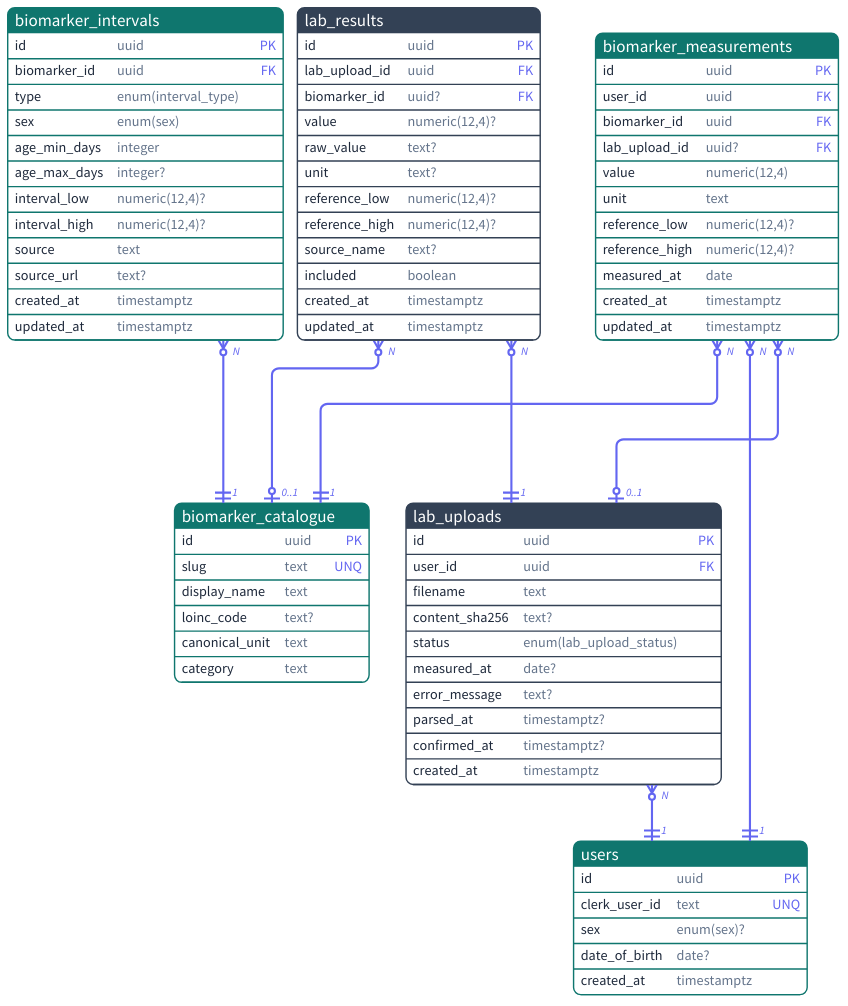
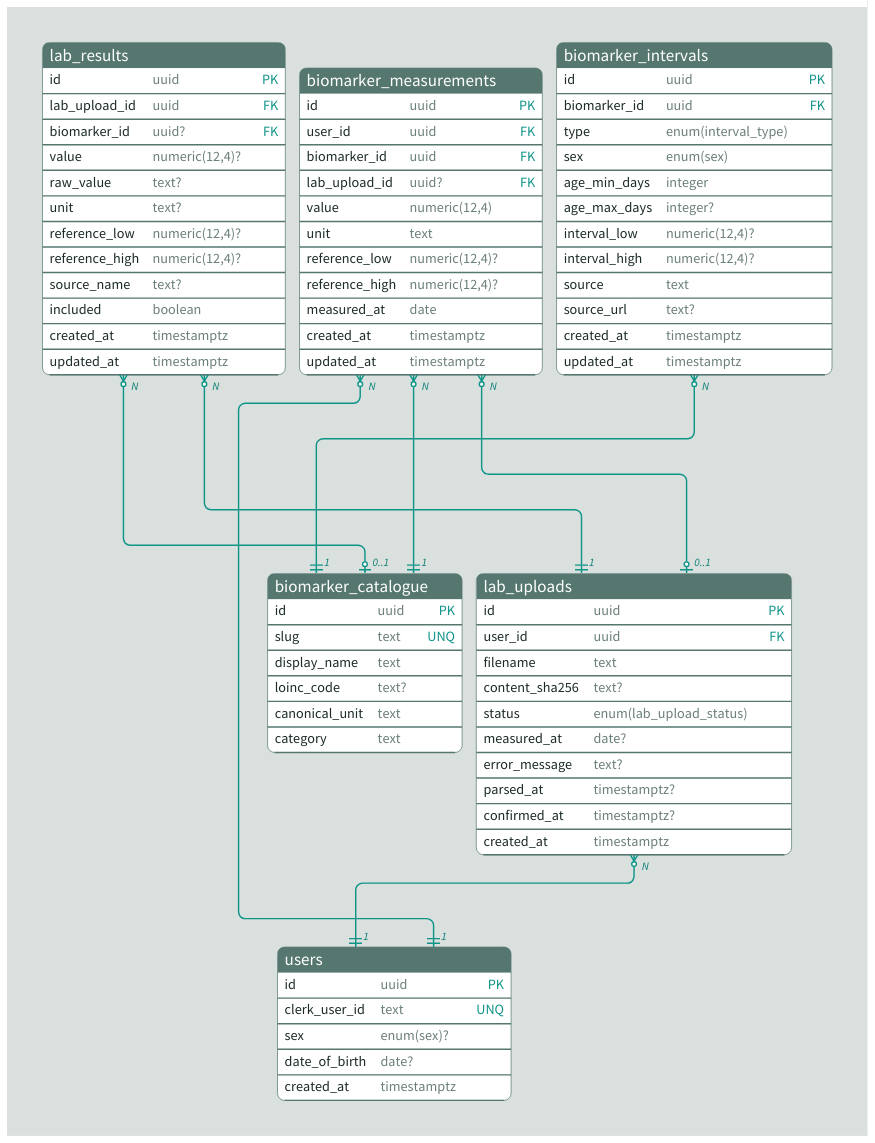
The diagram in docs/architecture/data_models/er_diagram.d2 (Skyvell/mirai), drawn with D2 before and after one commit. The commit also changed 1 other file, not shown here.

Commit message:
docs(er-diagram): restyle with a light sage palette

```diff
--- a/docs/architecture/data_models/er_diagram.d2
+++ b/docs/architecture/data_models/er_diagram.d2
@@ -1,165 +1,134 @@
 vars: {
   d2-config: {
     layout-engine: elk
     theme-id: 0
-    dark-theme-id: 200
-    pad: 48
+    pad: 0
     theme-overrides: {
-      N1: "#334155"
-      N2: "#64748b"
+      B4: "#d9e0de"
+      N1: "#557770"
+      N2: "#6b7f7b"
       N7: "#ffffff"
-      B1: "#6366f1"
-      B2: "#1e293b"
-      AA2: "#6366f1"
-    }
-    dark-theme-overrides: {
-      N1: "#334155"
-      N2: "#94a3b8"
-      N7: "#0b1120"
-      B1: "#818cf8"
-      B2: "#e2e8f0"
-      AA2: "#a5b4fc"
+      B1: "#0f9488"
+      B2: "#1c2b29"
+      AA2: "#0f9488"
     }
   }
 }
 
 direction: down
 
-vars: {
-  d2-legend: {
-    canonical: Canonical data model {
-      shape: rectangle
-      style: {
-        fill: "#0f766e"
-        font-color: "#ffffff"
-        border-radius: 6
-      }
-    }
-    ingestion: Ingestion {
-      shape: rectangle
-      style: {
-        fill: "#334155"
-        font-color: "#ffffff"
-        border-radius: 6
-      }
-    }
-  }
-}
-
 classes: {
-  ingestion: {
+  table: {
     shape: sql_table
     style: {
       border-radius: 10
       shadow: true
+      stroke-width: 1
       font-color: "#ffffff"
     }
   }
-  canonical: {
-    shape: sql_table
-    style: {
-      border-radius: 10
-      shadow: true
-      font-color: "#ffffff"
-      fill: "#0f766e"
-    }
-  }
   fk: {
-    source-arrowhead: N {shape: cf-many; style.font-color: "#6366f1"}
-    target-arrowhead: 1 {shape: cf-one-required; style.font-color: "#6366f1"}
-    style.stroke-width: 3
+    source-arrowhead: N {shape: cf-many; style.font-color: "#0b7f75"}
+    target-arrowhead: 1 {shape: cf-one-required; style.font-color: "#0b7f75"}
+    style.stroke-width: 2
   }
   fk-optional: {
-    source-arrowhead: N {shape: cf-many; style.font-color: "#6366f1"}
-    target-arrowhead: 0..1 {shape: cf-one; style.font-color: "#6366f1"}
-    style.stroke-width: 3
+    source-arrowhead: N {shape: cf-many; style.font-color: "#0b7f75"}
+    target-arrowhead: 0..1 {shape: cf-one; style.font-color: "#0b7f75"}
+    style.stroke-width: 2
   }
 }
 
-users: {
-  class: canonical
-  id: uuid {constraint: primary_key}
-  clerk_user_id: text {constraint: unique}
-  sex: enum(sex)?
-  date_of_birth: date?
-  created_at: timestamptz
+schema: "" {
+  style: {
+    stroke-width: 0
+  }
+
+  users: {
+    class: table
+    id: uuid {constraint: primary_key}
+    clerk_user_id: text {constraint: unique}
+    sex: enum(sex)?
+    date_of_birth: date?
+    created_at: timestamptz
+  }
+
+  biomarker_catalogue: {
+    class: table
+    id: uuid {constraint: primary_key}
+    slug: text {constraint: unique}
+    display_name: text
+    loinc_code: text?
+    canonical_unit: text
+    category: text
+  }
+
+  lab_uploads: {
+    class: table
+    id: uuid {constraint: primary_key}
+    user_id: uuid {constraint: foreign_key}
+    filename: text
+    content_sha256: text?
+    status: enum(lab_upload_status)
+    measured_at: date?
+    error_message: text?
+    parsed_at: timestamptz?
+    confirmed_at: timestamptz?
+    created_at: timestamptz
+  }
+
+  lab_results: {
+    class: table
+    id: uuid {constraint: primary_key}
+    lab_upload_id: uuid {constraint: foreign_key}
+    biomarker_id: uuid? {constraint: foreign_key}
+    value: numeric(12,4)?
+    raw_value: text?
+    unit: text?
+    reference_low: numeric(12,4)?
+    reference_high: numeric(12,4)?
+    source_name: text?
+    included: boolean
+    created_at: timestamptz
+    updated_at: timestamptz
+  }
+
+  biomarker_measurements: {
+    class: table
+    id: uuid {constraint: primary_key}
+    user_id: uuid {constraint: foreign_key}
+    biomarker_id: uuid {constraint: foreign_key}
+    lab_upload_id: uuid? {constraint: foreign_key}
+    value: numeric(12,4)
+    unit: text
+    reference_low: numeric(12,4)?
+    reference_high: numeric(12,4)?
+    measured_at: date
+    created_at: timestamptz
+    updated_at: timestamptz
+  }
+
+  biomarker_intervals: {
+    class: table
+    id: uuid {constraint: primary_key}
+    biomarker_id: uuid {constraint: foreign_key}
+    type: enum(interval_type)
+    sex: enum(sex)
+    age_min_days: integer
+    age_max_days: integer?
+    interval_low: numeric(12,4)?
+    interval_high: numeric(12,4)?
+    source: text
+    source_url: text?
+    created_at: timestamptz
+    updated_at: timestamptz
+  }
+
+  lab_uploads <-> users: {class: fk}
+  biomarker_measurements <-> users: {class: fk}
+  biomarker_intervals <-> biomarker_catalogue: {class: fk}
+  lab_results <-> biomarker_catalogue: {class: fk-optional}
+  biomarker_measurements <-> biomarker_catalogue: {class: fk}
+  lab_results <-> lab_uploads: {class: fk}
+  biomarker_measurements <-> lab_uploads: {class: fk-optional}
 }
-
-biomarker_catalogue: {
-  class: canonical
-  id: uuid {constraint: primary_key}
-  slug: text {constraint: unique}
-  display_name: text
-  loinc_code: text?
-  canonical_unit: text
-  category: text
-}
-
-lab_uploads: {
-  class: ingestion
-  id: uuid {constraint: primary_key}
-  user_id: uuid {constraint: foreign_key}
-  filename: text
-  content_sha256: text?
-  status: enum(lab_upload_status)
-  measured_at: date?
-  error_message: text?
-  parsed_at: timestamptz?
-  confirmed_at: timestamptz?
-  created_at: timestamptz
-}
-
-lab_results: {
-  class: ingestion
-  id: uuid {constraint: primary_key}
-  lab_upload_id: uuid {constraint: foreign_key}
-  biomarker_id: uuid? {constraint: foreign_key}
-  value: numeric(12,4)?
-  raw_value: text?
-  unit: text?
-  reference_low: numeric(12,4)?
-  reference_high: numeric(12,4)?
-  source_name: text?
-  included: boolean
-  created_at: timestamptz
-  updated_at: timestamptz
-}
-
-biomarker_measurements: {
-  class: canonical
-  id: uuid {constraint: primary_key}
-  user_id: uuid {constraint: foreign_key}
-  biomarker_id: uuid {constraint: foreign_key}
-  lab_upload_id: uuid? {constraint: foreign_key}
-  value: numeric(12,4)
-  unit: text
-  reference_low: numeric(12,4)?
-  reference_high: numeric(12,4)?
-  measured_at: date
-  created_at: timestamptz
-  updated_at: timestamptz
-}
-
-biomarker_intervals: {
-  class: canonical
-  id: uuid {constraint: primary_key}
-  biomarker_id: uuid {constraint: foreign_key}
-  type: enum(interval_type)
-  sex: enum(sex)
-  age_min_days: integer
-  age_max_days: integer?
-  interval_low: numeric(12,4)?
-  interval_high: numeric(12,4)?
-  source: text
-  source_url: text?
-  created_at: timestamptz
-  updated_at: timestamptz
-}
-
-lab_uploads <-> users: {class: fk}
-biomarker_measurements <-> users: {class: fk}
-biomarker_intervals <-> biomarker_catalogue: {class: fk}
-lab_results <-> biomarker_catalogue: {class: fk-optional}
-biomarker_measurements <-> biomarker_catalogue: {class: fk}
-lab_results <-> lab_uploads: {class: fk}
-biomarker_measurements <-> lab_uploads: {class: fk-optional}
```
